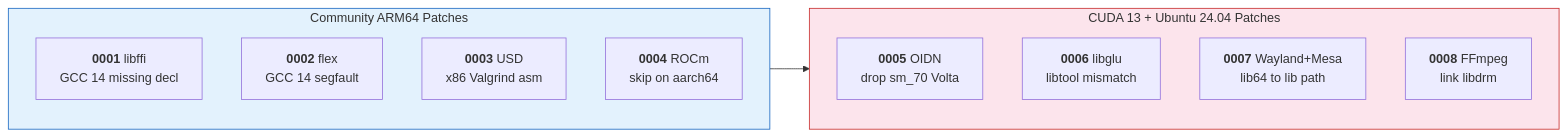
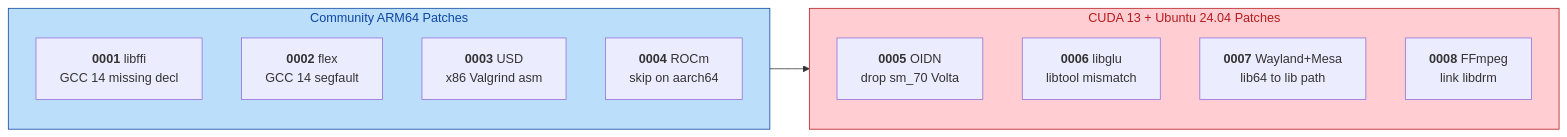
Before and after one commit to mvalancy/blender-nvidia-gb10: the second of 3 diagrams in README.md, drawn with Mermaid. The commit also changed other lines of this file, not shown here.

Commit message:
Improve mermaid diagram contrast and readability

````diff
--- a/README.md
+++ b/README.md
@@ -87,21 +87,21 @@
 ```mermaid
 flowchart LR
     subgraph lfdevs["Community ARM64 Patches"]
         P1["`**0001** libffi<br>GCC 14 missing decl`"]
         P2["`**0002** flex<br>GCC 14 segfault`"]
         P3["`**0003** USD<br>x86 Valgrind asm`"]
         P4["`**0004** ROCm<br>skip on aarch64`"]
     end
 
     subgraph gb10["CUDA 13 + Ubuntu 24.04 Patches"]
         P5["`**0005** OIDN<br>drop sm_70 Volta`"]
         P6["`**0006** libglu<br>libtool mismatch`"]
         P7["`**0007** Wayland+Mesa<br>lib64 to lib path`"]
         P8["`**0008** FFmpeg<br>link libdrm`"]
     end
 
     lfdevs --> gb10
 
-    style lfdevs fill:#e3f2fd,stroke:#1565c0
-    style gb10 fill:#fce4ec,stroke:#c62828
+    style lfdevs fill:#bbdefb,stroke:#0d47a1,color:#0d47a1
+    style gb10 fill:#ffcdd2,stroke:#b71c1c,color:#b71c1c
 ```
````
